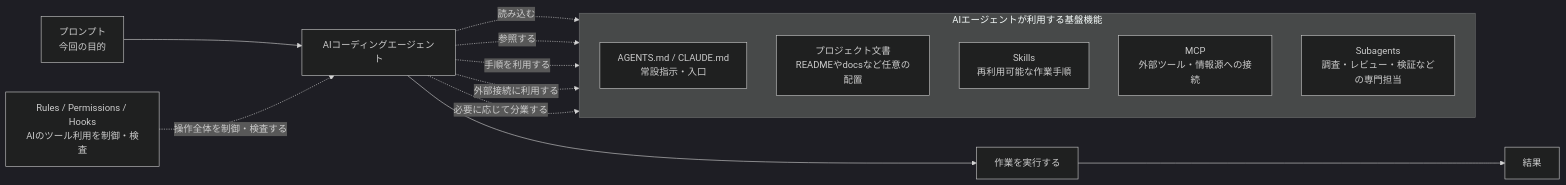
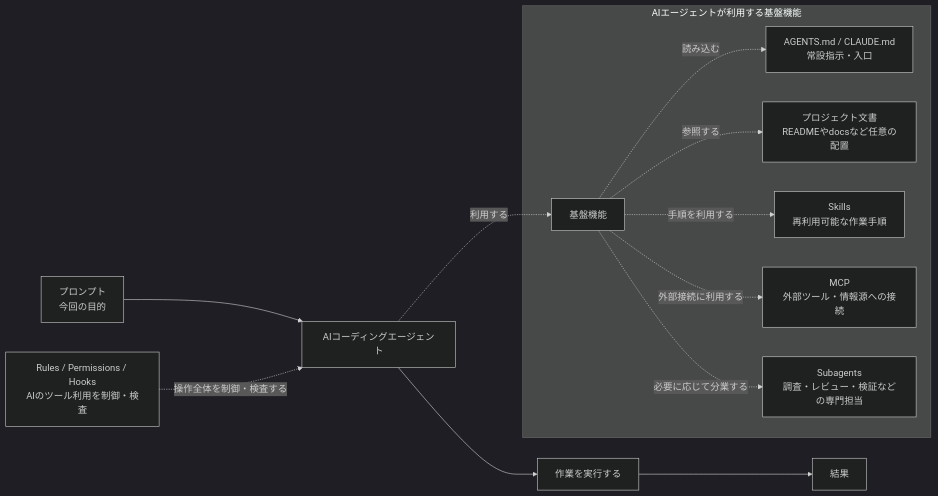
Before and after one commit to CRCornPotage/learning-materials: the first of 4 diagrams in AIコーディングエージェント開発基盤_導入ガイド.md, drawn with Mermaid (dark theme).

Commit message:
Refactor AI agent foundation diagram structure

````diff
--- a/AIコーディングエージェント開発基盤_導入ガイド.md
+++ b/AIコーディングエージェント開発基盤_導入ガイド.md
@@ -28,29 +28,32 @@
 ```mermaid
 flowchart LR
     prompt["プロンプト<br/>今回の目的"]
     agent["AIコーディングエージェント"]
     execution["作業を実行する"]
     result["結果"]
 
     subgraph foundation["AIエージェントが利用する基盤機能"]
-        direction TB
+        foundationEntry["基盤機能"]
+
         instructions["AGENTS.md / CLAUDE.md<br/>常設指示・入口"]
         docs["プロジェクト文書<br/>READMEやdocsなど任意の配置"]
         skills["Skills<br/>再利用可能な作業手順"]
         mcp["MCP<br/>外部ツール・情報源への接続"]
         subagents["Subagents<br/>調査・レビュー・検証などの専門担当"]
+
+        foundationEntry -.->|読み込む| instructions
+        foundationEntry -.->|参照する| docs
+        foundationEntry -.->|手順を利用する| skills
+        foundationEntry -.->|外部接続に利用する| mcp
+        foundationEntry -.->|必要に応じて分業する| subagents
     end
 
     controls["Rules / Permissions / Hooks<br/>AIのツール利用を制御・検査"]
 
     prompt --> agent
     agent --> execution
     execution --> result
 
-    agent -.->|読み込む| instructions
-    agent -.->|参照する| docs
-    agent -.->|手順を利用する| skills
-    agent -.->|外部接続に利用する| mcp
-    agent -.->|必要に応じて分業する| subagents
+    agent -.->|利用する| foundationEntry
     controls -.->|操作全体を制御・検査する| agent
 ```
````
